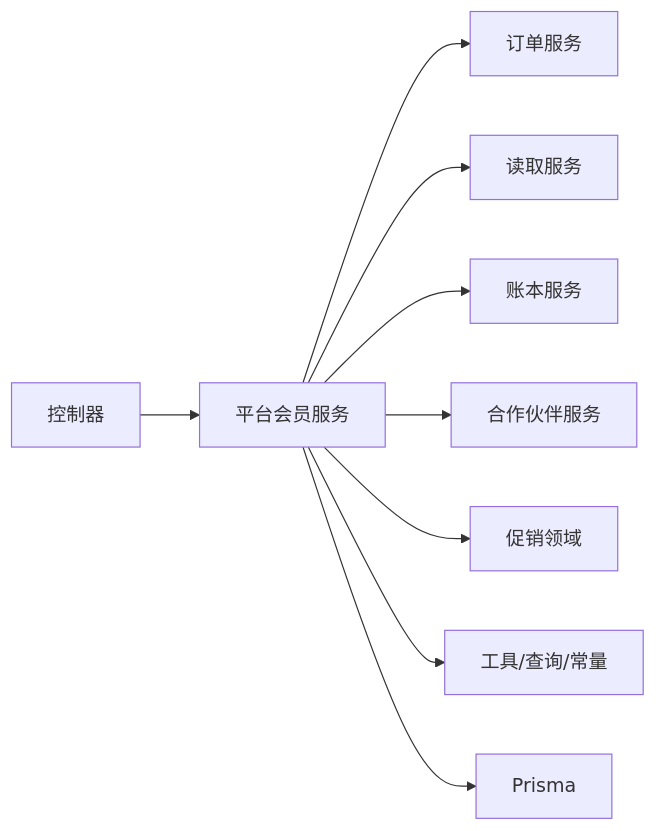
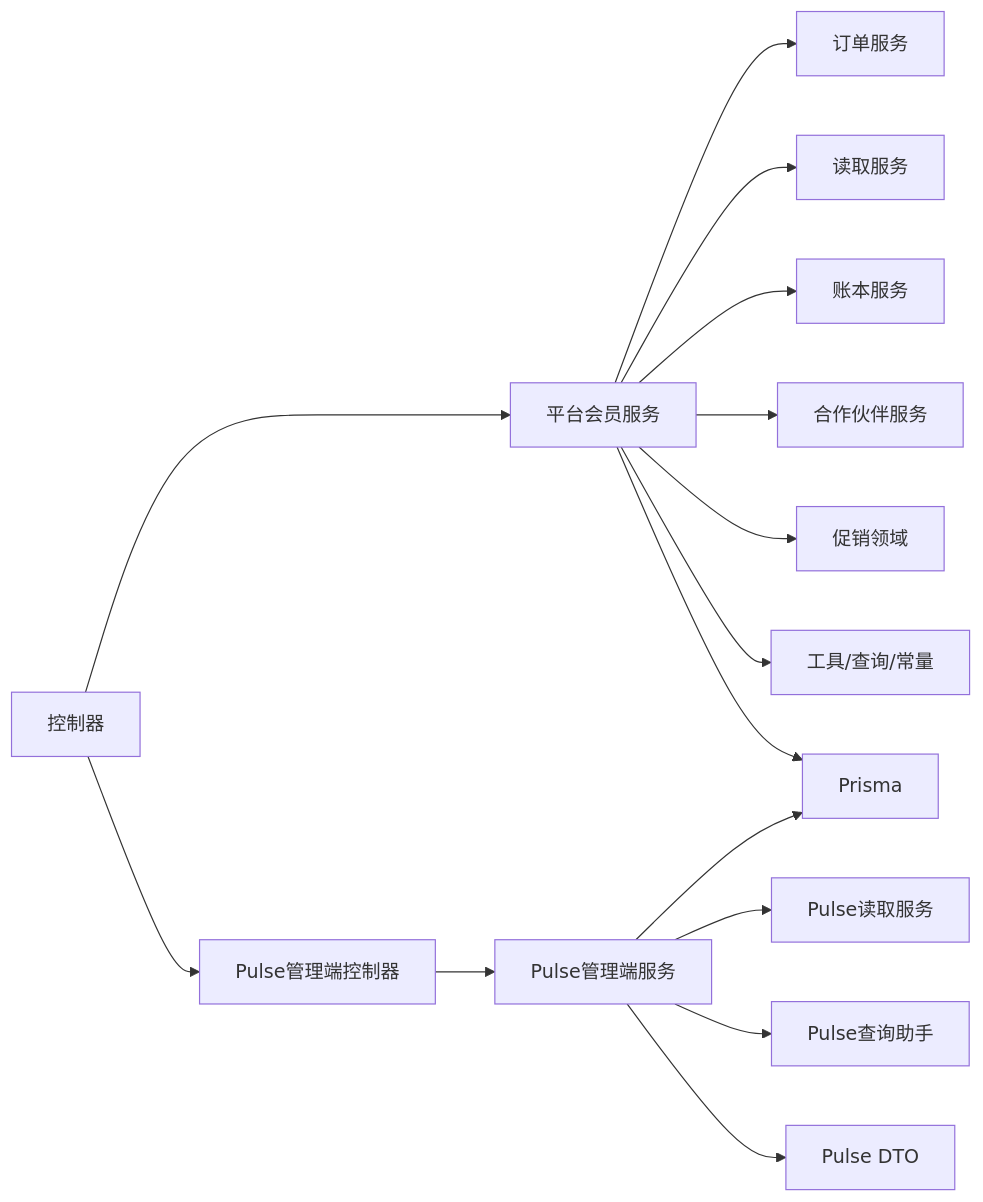
Before and after one commit to rc558620/purelyprofit-server: diagram 12 of 12 in .qoder/repowiki/zh/content/业务模块/会员管理模块/平台会员管理.md, drawn with Mermaid. The commit also changed other lines of this file and 30 other files, not shown here.

````diff
--- a/.qoder/repowiki/zh/content/业务模块/会员管理模块/平台会员管理.md
+++ b/.qoder/repowiki/zh/content/业务模块/会员管理模块/平台会员管理.md
@@ -476,11 +564,17 @@
 ```mermaid
 graph LR
 Ctrl["控制器"] --> Svc["平台会员服务"]
+Ctrl --> PAC["Pulse管理端控制器"]
 Svc --> OrderSvc["订单服务"]
 Svc --> ReadSvc["读取服务"]
 Svc --> LedgerSvc["账本服务"]
 Svc --> PartnerSvc["合作伙伴服务"]
 Svc --> Promo["促销领域"]
 Svc --> Utils["工具/查询/常量"]
 Svc --> Prisma["Prisma"]
+PAC --> AdminSvc["Pulse管理端服务"]
+AdminSvc --> AdminReadSvc["Pulse读取服务"]
+AdminSvc --> AdminQueryHelper["Pulse查询助手"]
+AdminSvc --> AdminDTO["Pulse DTO"]
+AdminSvc --> Prisma
 ```
````
